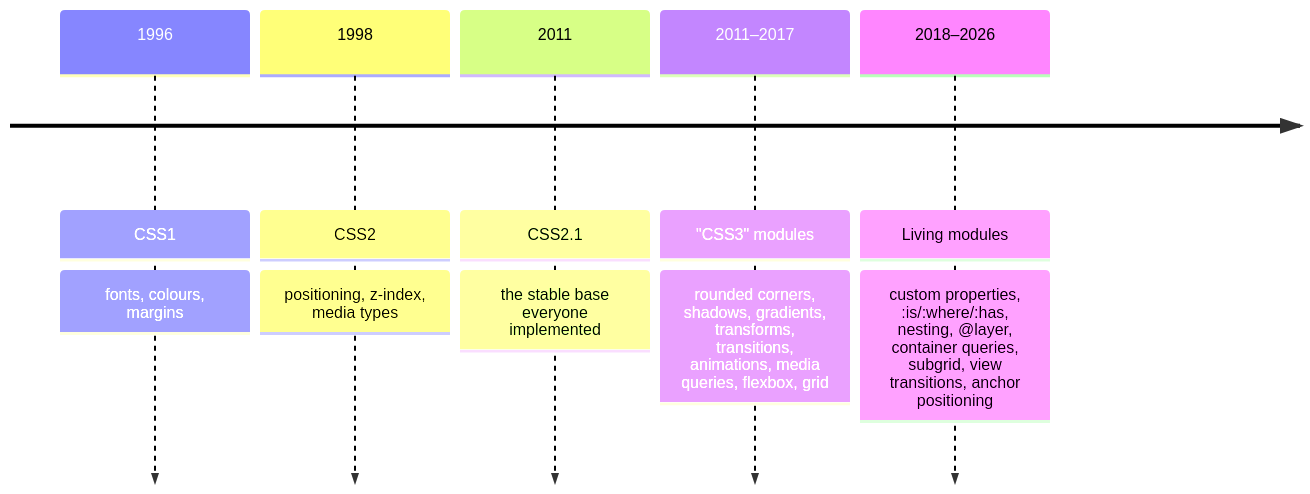
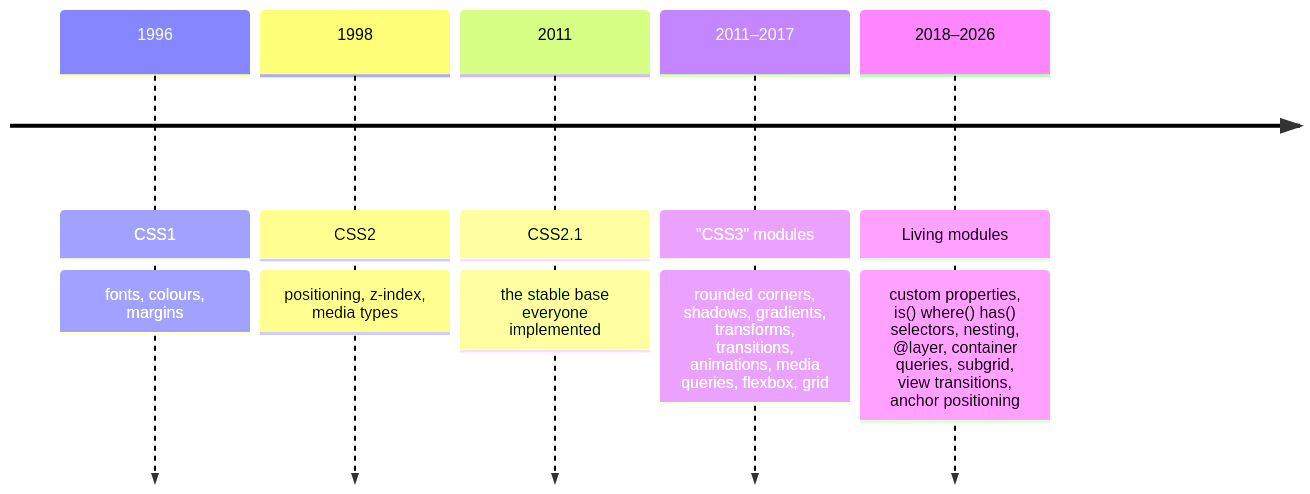
Before and after one commit to khiruashish/web-ui-frontend-playbook: the diagram in docs/css/index.md, drawn with Mermaid. The commit also changed 4 other files, not shown here.

First line of the commit message:
Apply shared playbook UI design (3D hero, cards, readable diagrams)

````diff
--- a/docs/css/index.md
+++ b/docs/css/index.md
@@ -41,8 +41,8 @@
 ```mermaid
 timeline
     1996 : CSS1 : fonts, colours, margins
     1998 : CSS2 : positioning, z-index, media types
     2011 : CSS2.1 : the stable base everyone implemented
     2011–2017 : "CSS3" modules : rounded corners, shadows, gradients, transforms, transitions, animations, media queries, flexbox, grid
-    2018–2026 : Living modules : custom properties, :is/:where/:has, nesting, @layer, container queries, subgrid, view transitions, anchor positioning
+    2018–2026 : Living modules : custom properties, is() where() has() selectors, nesting, @layer, container queries, subgrid, view transitions, anchor positioning
 ```
````
